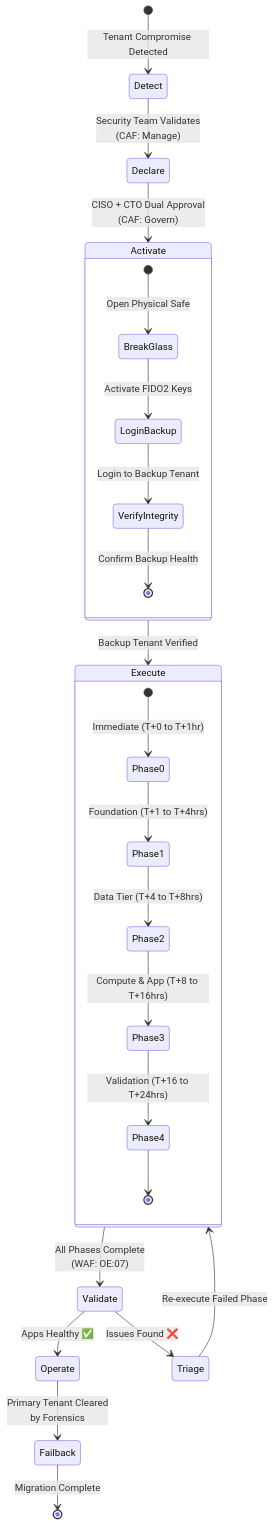
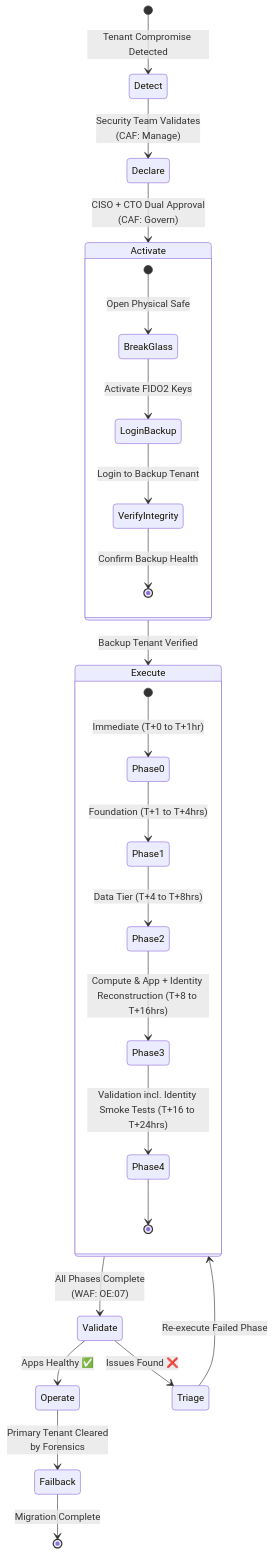
One commit to shaleen-wonder-ent/user-guides changed diagram 13 of 17 in Azure_Entra_Level_Resiliency_architecture.md. Above: the diagram before and after it, drawn with Mermaid. The commit also changed other lines of this file, not shown here.

````diff
--- a/Azure_Entra_Level_Resiliency_architecture.md
+++ b/Azure_Entra_Level_Resiliency_architecture.md
@@ -764,36 +811,36 @@
 ```mermaid
 stateDiagram-v2
     [*] --> Detect: Tenant Compromise Detected
 
     Detect --> Declare: Security Team Validates<br/>(CAF: Manage)
 
     Declare --> Activate: CISO + CTO Dual Approval<br/>(CAF: Govern)
 
     state Activate {
         [*] --> BreakGlass: Open Physical Safe
         BreakGlass --> LoginBackup: Activate FIDO2 Keys
         LoginBackup --> VerifyIntegrity: Login to Backup Tenant
         VerifyIntegrity --> [*]: Confirm Backup Health
     }
 
     Activate --> Execute: Backup Tenant Verified
 
     state Execute {
         [*] --> Phase0: Immediate (T+0 to T+1hr)
         Phase0 --> Phase1: Foundation (T+1 to T+4hrs)
         Phase1 --> Phase2: Data Tier (T+4 to T+8hrs)
-        Phase2 --> Phase3: Compute & App (T+8 to T+16hrs)
-        Phase3 --> Phase4: Validation (T+16 to T+24hrs)
+        Phase2 --> Phase3: Compute & App + Identity Reconstruction (T+8 to T+16hrs)
+        Phase3 --> Phase4: Validation incl. Identity Smoke Tests (T+16 to T+24hrs)
         Phase4 --> [*]
     }
 
     Execute --> Validate: All Phases Complete<br/>(WAF: OE:07)
 
     Validate --> Operate: Apps Healthy ✅
     Validate --> Triage: Issues Found ❌
     Triage --> Execute: Re-execute Failed Phase
 
     Operate --> Failback: Primary Tenant Cleared<br/>by Forensics
 
     Failback --> [*]: Migration Complete
 ```
````
